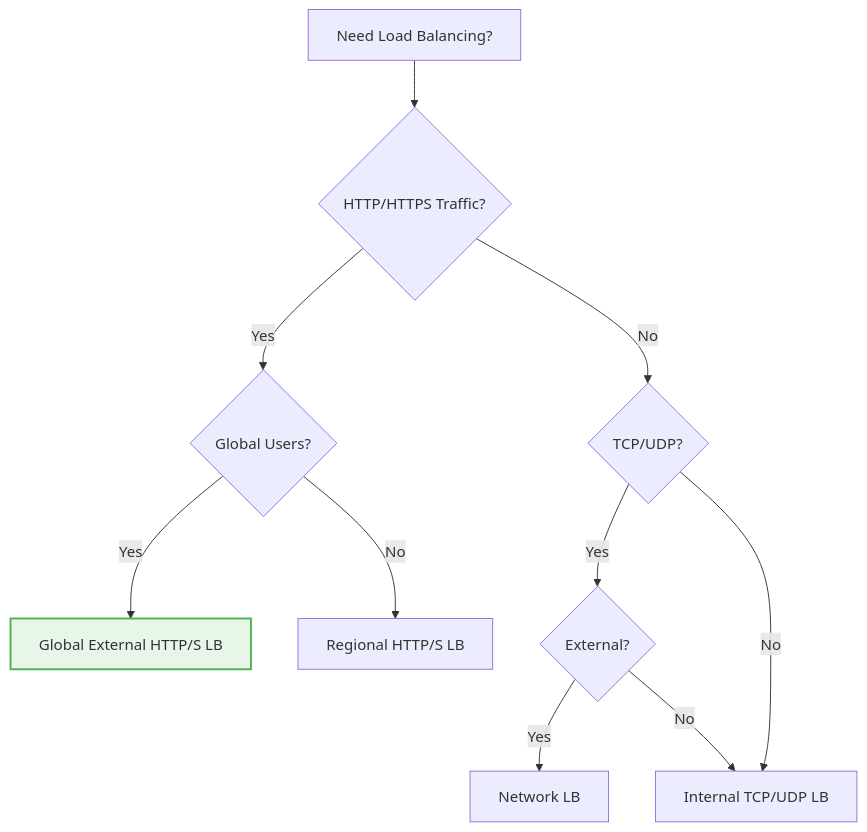
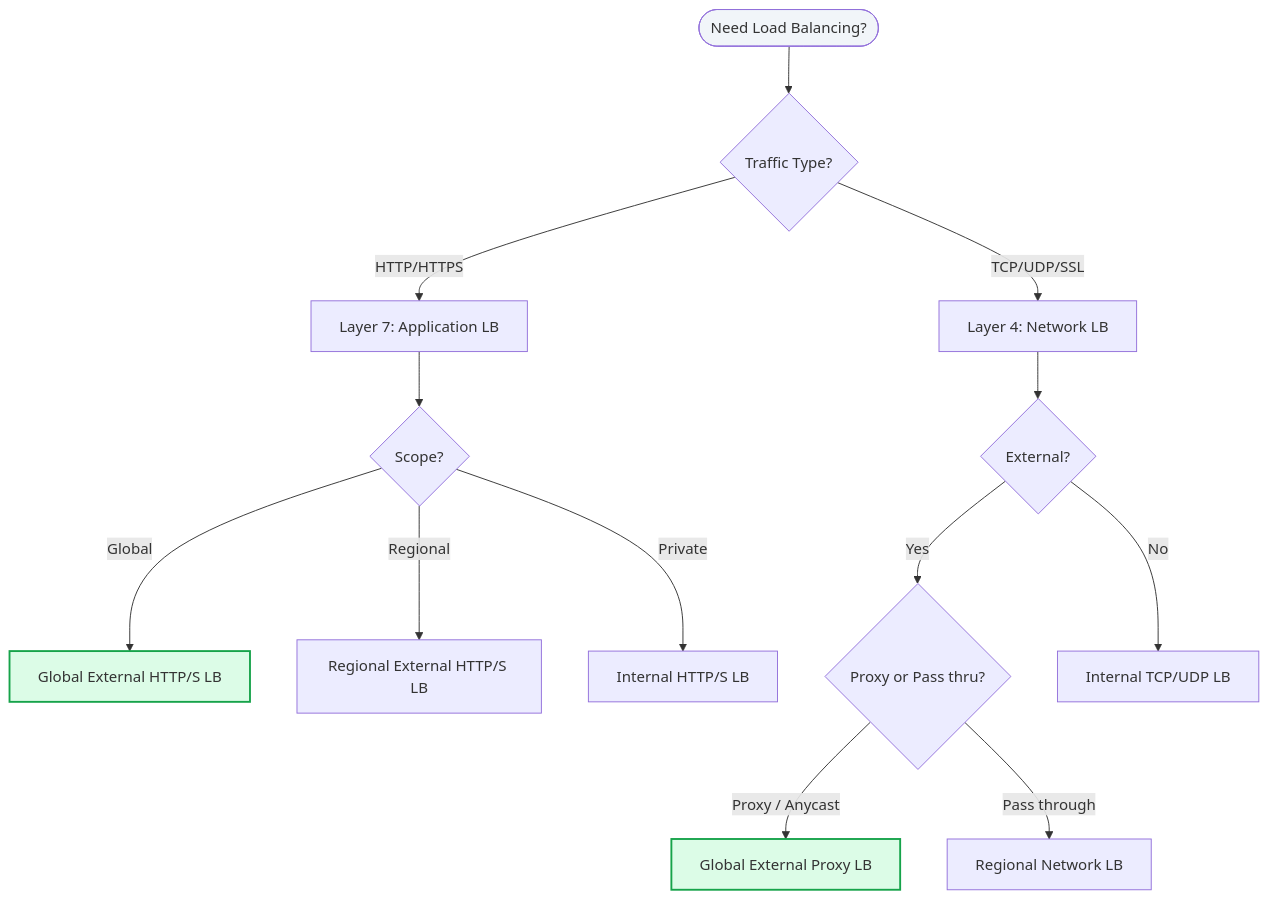
One commit to jyothivempa/gcp-study-plan changed the first of 3 diagrams in curriculum/content/section_9_load_balancing.md. Above: the diagram before and after it, drawn with Mermaid. The commit also changed other lines of this file and 7 other files, not shown here.

````diff
--- a/curriculum/content/section_9_load_balancing.md
+++ b/curriculum/content/section_9_load_balancing.md
@@ -41,17 +41,21 @@
 ```mermaid
 flowchart TD
-    A[Need Load Balancing?] --> B{HTTP/HTTPS Traffic?}
-    B -->|Yes| C{Global Users?}
-    B -->|No| D{TCP/UDP?}
-    
-    C -->|Yes| GLB[Global External HTTP/S LB]
-    C -->|No| RLB[Regional HTTP/S LB]
-    
-    D -->|Yes| E{External?}
-    D -->|No| ILB[Internal TCP/UDP LB]
-    
-    E -->|Yes| NLB[Network LB]
-    E -->|No| ILB
-    
-    style GLB fill:#e8f5e9,stroke:#4caf50,stroke-width:2px
+    Start([Need Load Balancing?]) --> Traffic{Traffic Type?}
+    Traffic -- HTTP/HTTPS --> L7[Layer 7: Application LB]
+    Traffic -- TCP/UDP/SSL --> L4[Layer 4: Network LB]
+
+    L7 --> L7Scope{Scope?}
+    L7Scope -- Global --> G7[Global External HTTP/S LB]
+    L7Scope -- Regional --> R7[Regional External HTTP/S LB]
+    L7Scope -- Private --> I7[Internal HTTP/S LB]
+
+    L4 --> L4Ext{External?}
+    L4Ext -- Yes --> L4Proxy{Proxy or Pass thru?}
+    L4Proxy -- Proxy / Anycast --> G4[Global External Proxy LB]
+    L4Proxy -- Pass through --> RN4[Regional Network LB]
+    L4Ext -- No --> I4[Internal TCP/UDP LB]
+
+    style G7 fill:#dcfce7,stroke:#16a34a,stroke-width:2px
+    style G4 fill:#dcfce7,stroke:#16a34a,stroke-width:2px
+    style Start fill:#f1f5f9
 ```
````
